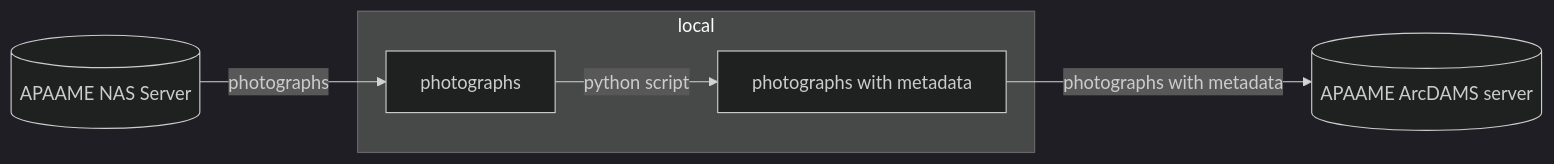
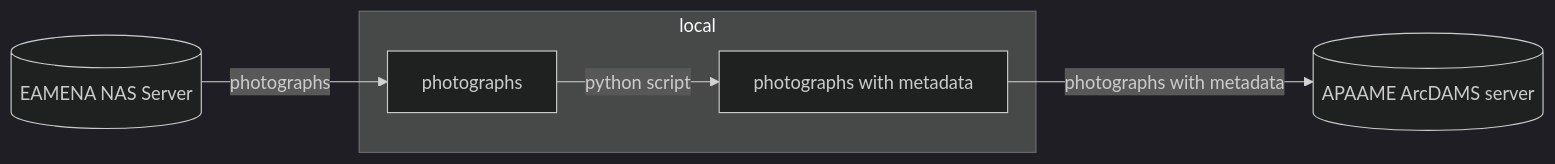
One commit to eamena-project/eamena-arches-dev changed the diagram in projects/apaame-photos/README.md. Above: the diagram before and after it, drawn with Mermaid (dark theme).

Commit message:
exif+xmp

````diff
--- a/projects/apaame-photos/README.md
+++ b/projects/apaame-photos/README.md
@@ -7,8 +7,8 @@
 ```mermaid
 flowchart LR
-    A[(APAAME NAS Server)] --photographs--> B[photographs];
+    A[(EAMENA NAS Server)] --photographs--> B[photographs];
     subgraph local
     B --python script--> C[photographs with metadata];
     end
     C --photographs with metadata--> D[(APAAME ArcDAMS server)]; 
 ```
````
